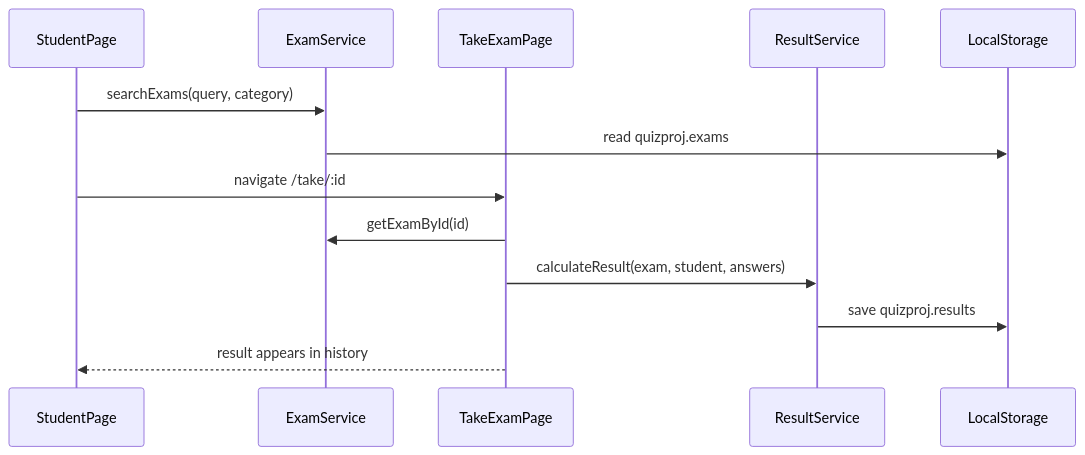
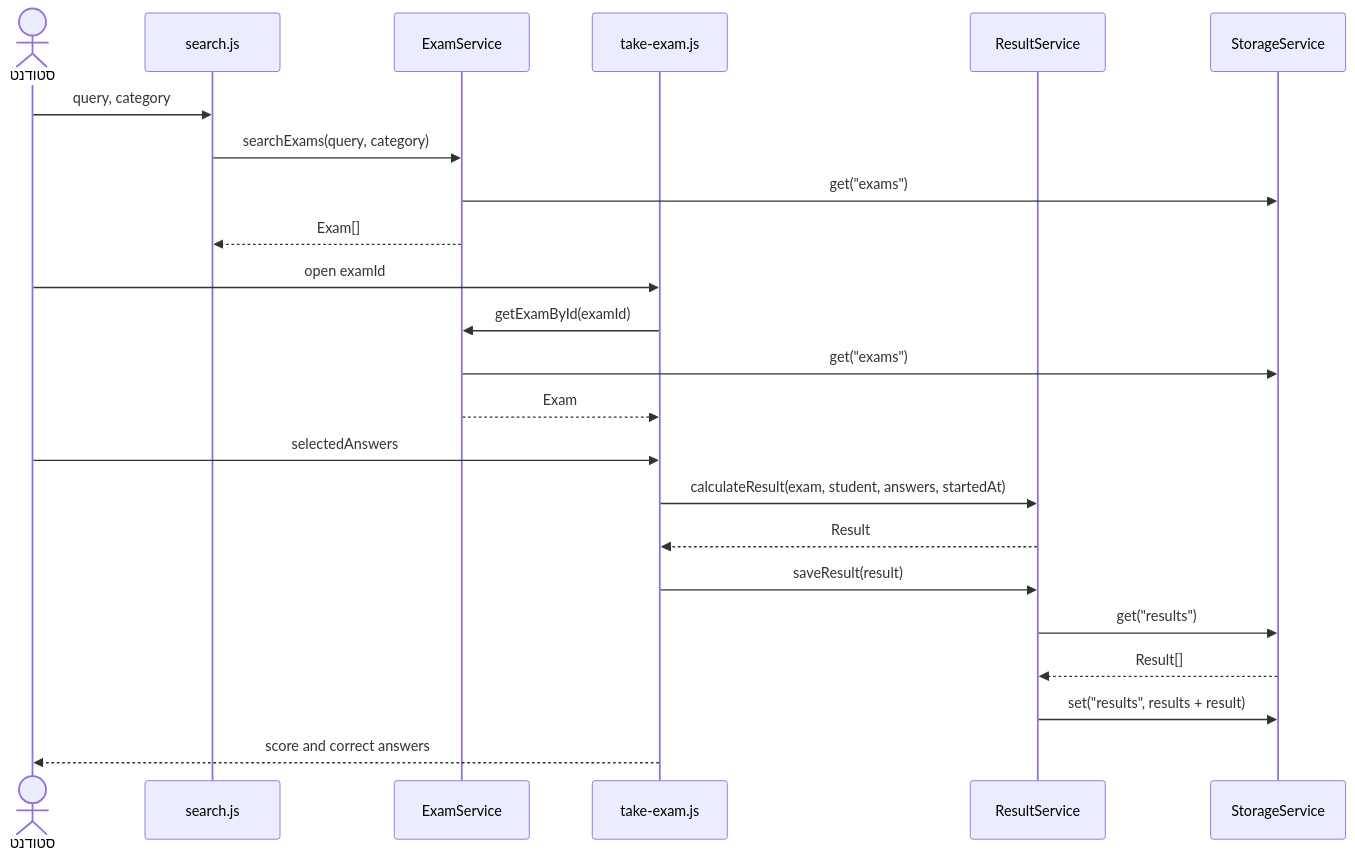
The second of 2 diagrams in README.md (ebraheem222-tech/QuizProj), drawn with Mermaid before and after one commit. The commit also changed other lines of this file, not shown here.

````diff
--- a/README.md
+++ b/README.md
@@ -285,16 +180,26 @@
 ```mermaid
 sequenceDiagram
-  participant StudentPage
-  participant ExamService
-  participant TakeExamPage
-  participant ResultService
-  participant LocalStorage
+  actor Student as סטודנט
+  participant SearchPage as search.js
+  participant Exams as ExamService
+  participant TakePage as take-exam.js
+  participant Results as ResultService
+  participant Storage as StorageService
 
-  StudentPage->>ExamService: searchExams(query, category)
-  ExamService->>LocalStorage: read quizproj.exams
-  StudentPage->>TakeExamPage: navigate /take/:id
-  TakeExamPage->>ExamService: getExamById(id)
-  TakeExamPage->>ResultService: calculateResult(exam, student, answers)
-  ResultService->>LocalStorage: save quizproj.results
-  TakeExamPage-->>StudentPage: result appears in history
+  Student->>SearchPage: query, category
+  SearchPage->>Exams: searchExams(query, category)
+  Exams->>Storage: get("exams")
+  Exams-->>SearchPage: Exam[]
+  Student->>TakePage: open examId
+  TakePage->>Exams: getExamById(examId)
+  Exams->>Storage: get("exams")
+  Exams-->>TakePage: Exam
+  Student->>TakePage: selectedAnswers
+  TakePage->>Results: calculateResult(exam, student, answers, startedAt)
+  Results-->>TakePage: Result
+  TakePage->>Results: saveResult(result)
+  Results->>Storage: get("results")
+  Storage-->>Results: Result[]
+  Results->>Storage: set("results", results + result)
+  TakePage-->>Student: score and correct answers
 ```
````
